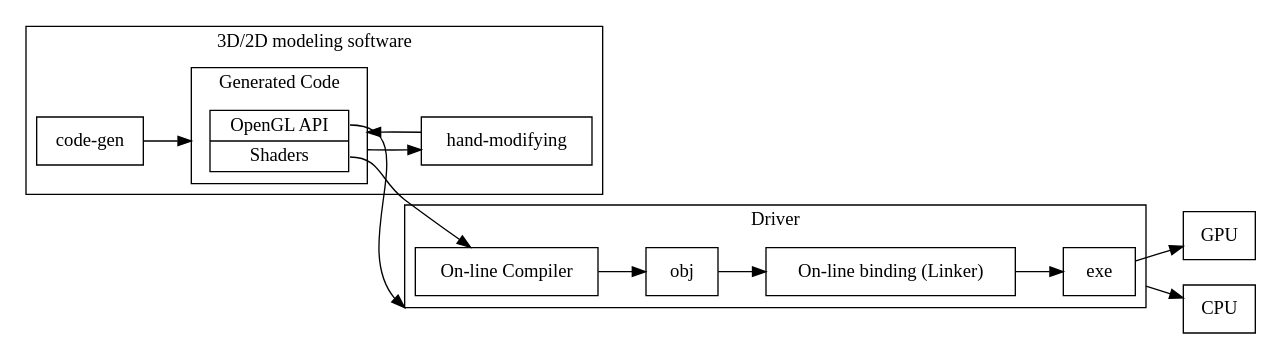
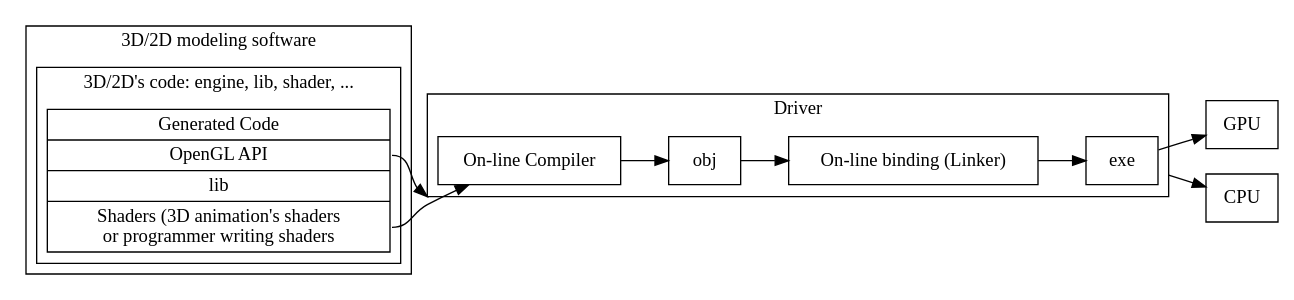
The diagram in Fig/gpu/opengl-flow.gv (Jonathan2251/lbd), drawn with Graphviz before and after one commit. The commit also changed 1 other file, not shown here.

Commit message:
gpu.rst: opengl-flow.gv and explanation of Vota

```diff
--- a/Fig/gpu/opengl-flow.gv
+++ b/Fig/gpu/opengl-flow.gv
@@ -1,32 +1,27 @@
 digraph G {
   rankdir=LR;
 
   compound=true;
   node [shape=record];
   subgraph cluster_3d {
     label = "3D/2D modeling software";
-    CodeGen [label="code-gen"];
     subgraph cluster_code {
-      label = "Generated Code";
-      Api [label="<a> OpenGL API | <s> Shaders"];
+      label = "3D/2D's code: engine, lib, shader, ...";
+      Api [label="<g> Generated Code | <a> OpenGL API | lib | <s> Shaders (3D animation's shaders \n or programmer writing shaders"];
     }
-    Hand [label="hand-modifying"];
   }
   subgraph cluster_driver {
     label = "Driver"
     Compiler [label="On-line Compiler"];
     Obj [label="obj"];
     Linker [label="On-line binding (Linker)"];
     Exe [label="exe"];
   }
-  CodeGen -> Api [lhead ="cluster_code"];
-  Api -> Hand [ltail ="cluster_code"];
-  Hand -> Api [lhead ="cluster_code"];
   Api:a -> Obj [lhead ="cluster_driver"];
   Api:s -> Compiler;
   Compiler -> Obj -> Linker -> Exe;
   Exe -> GPU;
   Exe -> CPU [ltail ="cluster_driver"]; 
 
 //  label = "OpenGL Flow";
 }
```
